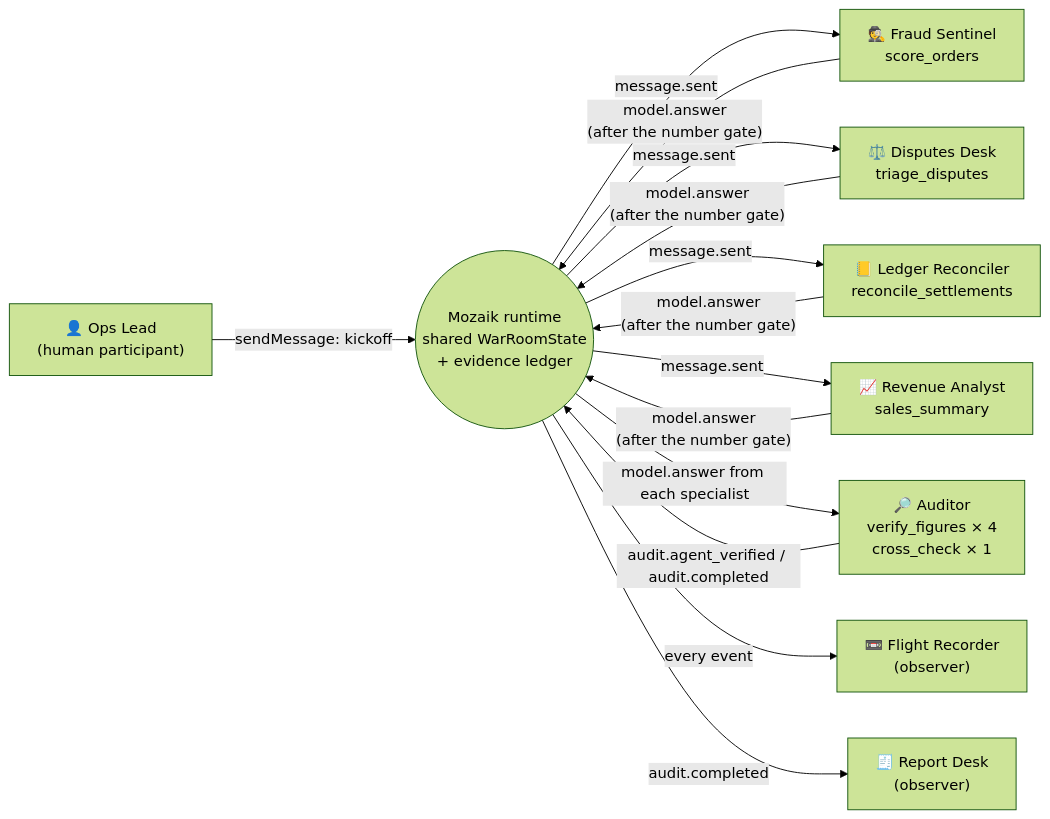
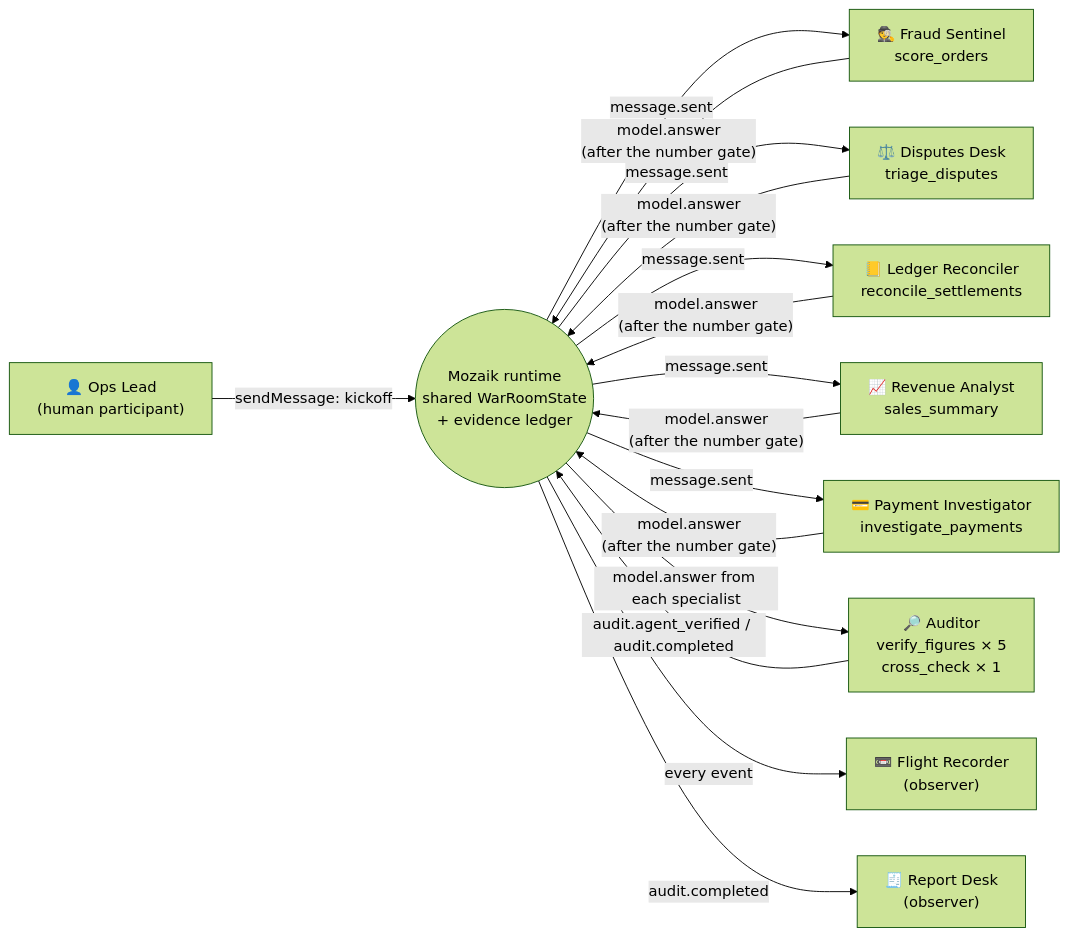
One commit to qinheyi/bf-war-room changed the diagram in README.md. Above: the diagram before and after it, drawn with Mermaid (forest theme). The commit also changed other lines of this file and 10 other files, not shown here.

Commit message:
Docs: Built during the hackathon section, Payment Investigator in README/SUBMISSION, regenerated sample reports, Vercel landing page

````diff
--- a/README.md
+++ b/README.md
@@ -51,13 +52,14 @@
 ```mermaid
 flowchart LR
     Ops["👤 Ops Lead<br/>(human participant)"] -->|"sendMessage: kickoff"| RT(("Mozaik runtime<br/>shared WarRoomState<br/>+ evidence ledger"))
     RT -->|message.sent| F["🕵️ Fraud Sentinel<br/>score_orders"]
     RT -->|message.sent| D["⚖️ Disputes Desk<br/>triage_disputes"]
     RT -->|message.sent| L["📒 Ledger Reconciler<br/>reconcile_settlements"]
     RT -->|message.sent| R["📈 Revenue Analyst<br/>sales_summary"]
-    F & D & L & R -->|"model.answer<br/>(after the number gate)"| RT
-    RT -->|"model.answer from each specialist"| A["🔎 Auditor<br/>verify_figures × 4<br/>cross_check × 1"]
+    RT -->|message.sent| P["💳 Payment Investigator<br/>investigate_payments"]
+    F & D & L & R & P -->|"model.answer<br/>(after the number gate)"| RT
+    RT -->|"model.answer from each specialist"| A["🔎 Auditor<br/>verify_figures × 5<br/>cross_check × 1"]
     A -->|"audit.agent_verified / audit.completed"| RT
     RT -->|every event| FR["📼 Flight Recorder<br/>(observer)"]
     RT -->|audit.completed| RD["🧾 Report Desk<br/>(observer)"]
 ```
````
